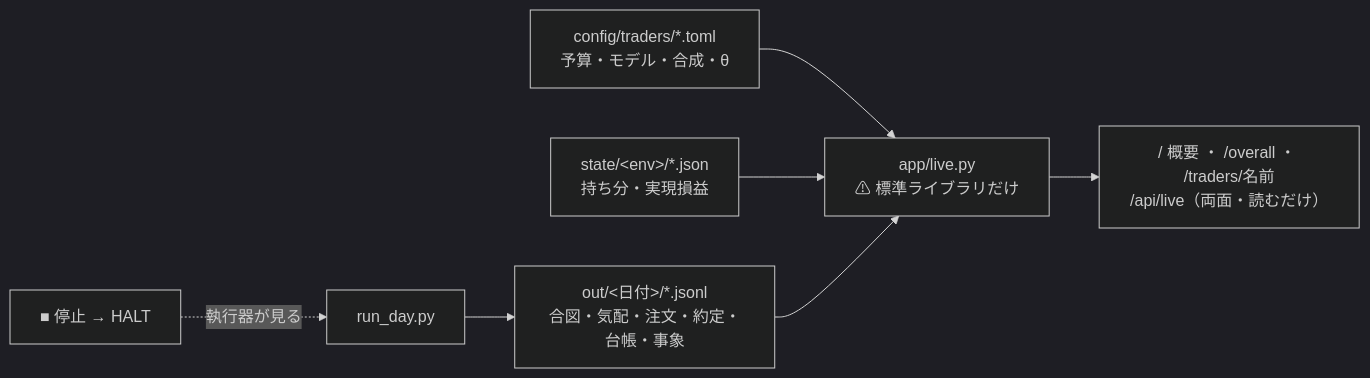
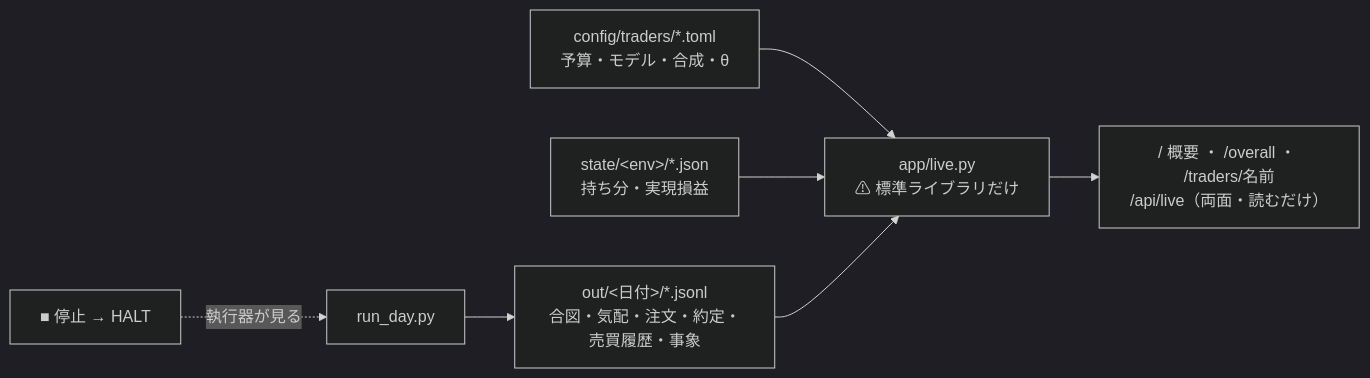
The eighth of 18 diagrams in docs/specs/dashboard.md (akiraak/ai-income-lab), drawn with Mermaid (dark theme) before and after one commit. The commit also changed other lines of this file and 52 other files, not shown here.

````diff
--- a/docs/specs/dashboard.md
+++ b/docs/specs/dashboard.md
@@ -431,9 +431,9 @@
 ```mermaid
 flowchart LR
   T["config/traders/*.toml<br/>予算・モデル・合成・θ"] --> L["app/live.py<br/>⚠ 標準ライブラリだけ"]
   S["state/&lt;env&gt;/*.json<br/>持ち分・実現損益"] --> L
-  O["out/&lt;日付&gt;/*.jsonl<br/>合図・気配・注文・約定・台帳・事象"] --> L
+  O["out/&lt;日付&gt;/*.jsonl<br/>合図・気配・注文・約定・売買履歴・事象"] --> L
   L --> V["/ 概要 ・ /overall ・ /traders/名前<br/>/api/live（両面・読むだけ）"]
   H["■ 停止 → HALT"] -.->|執行器が見る| R["run_day.py"]
   R --> O
 ```
````
